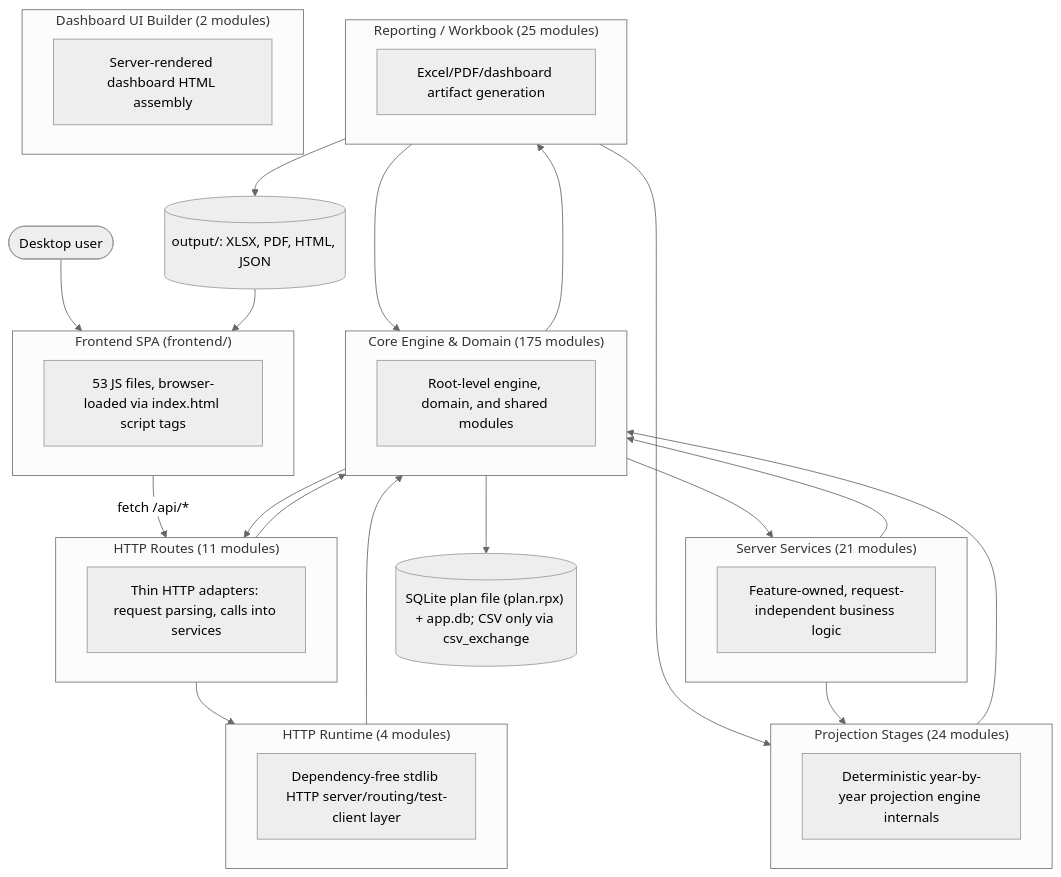
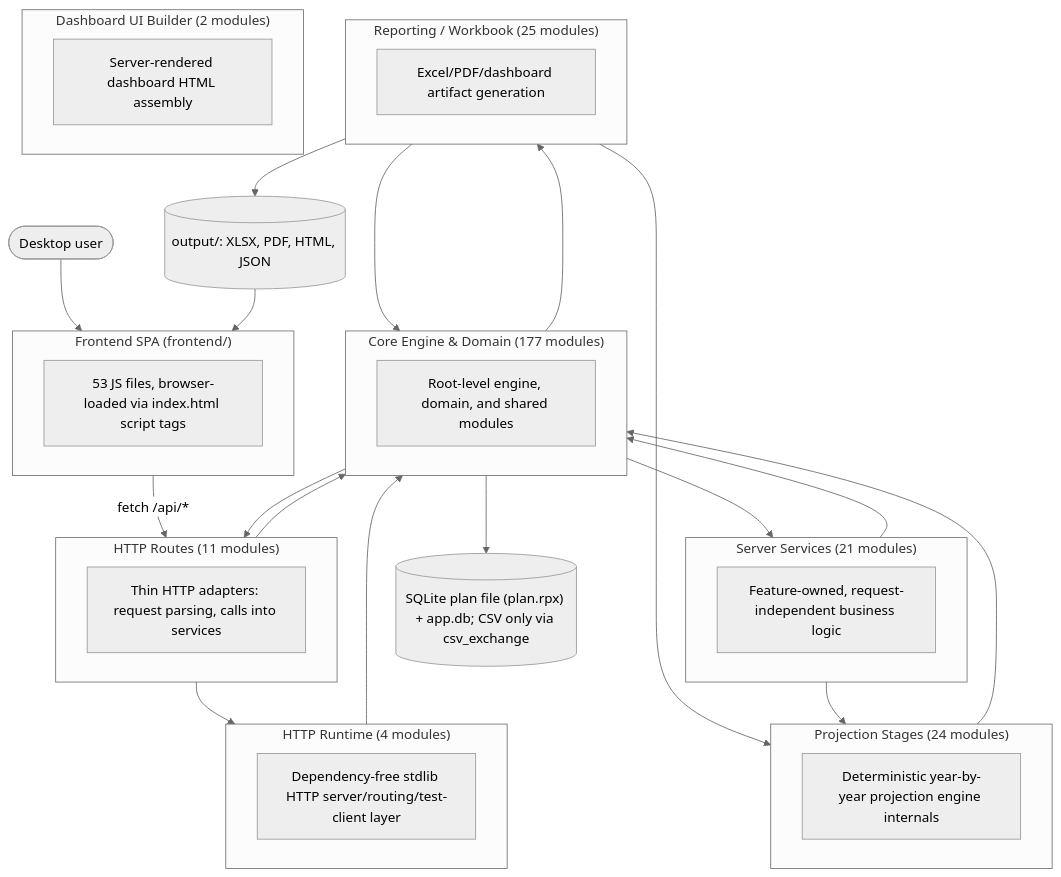
Before and after one commit to matthartzman/retirement_system: the first of 2 diagrams in documentation/reference/SYSTEM_ARCHITECTURE_DIAGRAM.md, drawn with Mermaid (neutral theme). The commit also changed other lines of this file and 46 other files, not shown here.

````diff
--- a/documentation/reference/SYSTEM_ARCHITECTURE_DIAGRAM.md
+++ b/documentation/reference/SYSTEM_ARCHITECTURE_DIAGRAM.md
@@ -11,43 +11,43 @@
 ```mermaid
 flowchart TB
     User(["Desktop user"]) --> FE
     subgraph FE["Frontend SPA (frontend/)"]
         FEcount["53 JS files, browser-loaded via index.html script tags"]
     end
     FE -->|fetch /api/*| L_HTTP_Routes
     subgraph L_HTTP_Routes["HTTP Routes (11 modules)"]
         L_HTTP_Routes_d["Thin HTTP adapters: request parsing, calls into services"]
     end
     subgraph L_Server_Services["Server Services (21 modules)"]
         L_Server_Services_d["Feature-owned, request-independent business logic"]
     end
     subgraph L_HTTP_Runtime["HTTP Runtime (4 modules)"]
         L_HTTP_Runtime_d["Dependency-free stdlib HTTP server/routing/test-client layer"]
     end
-    subgraph L_Core_Engine___Domain["Core Engine & Domain (175 modules)"]
+    subgraph L_Core_Engine___Domain["Core Engine & Domain (177 modules)"]
         L_Core_Engine___Domain_d["Root-level engine, domain, and shared modules"]
     end
     subgraph L_Projection_Stages["Projection Stages (24 modules)"]
         L_Projection_Stages_d["Deterministic year-by-year projection engine internals"]
     end
     subgraph L_Reporting___Workbook["Reporting / Workbook (25 modules)"]
         L_Reporting___Workbook_d["Excel/PDF/dashboard artifact generation"]
     end
     subgraph L_Dashboard_UI_Builder["Dashboard UI Builder (2 modules)"]
         L_Dashboard_UI_Builder_d["Server-rendered dashboard HTML assembly"]
     end
     L_Core_Engine___Domain --> L_HTTP_Routes
     L_Core_Engine___Domain --> L_Reporting___Workbook
     L_Core_Engine___Domain --> L_Server_Services
     L_HTTP_Routes --> L_Core_Engine___Domain
     L_HTTP_Routes --> L_HTTP_Runtime
     L_HTTP_Runtime --> L_Core_Engine___Domain
     L_Projection_Stages --> L_Core_Engine___Domain
     L_Reporting___Workbook --> L_Core_Engine___Domain
     L_Reporting___Workbook --> L_Projection_Stages
     L_Server_Services --> L_Core_Engine___Domain
     L_Server_Services --> L_Projection_Stages
     L_Core_Engine___Domain --> DB[("SQLite plan file (plan.rpx) + app.db; CSV only via csv_exchange")]
     L_Reporting___Workbook --> Outputs[("output/: XLSX, PDF, HTML, JSON")]
     Outputs --> FE
 ```
````
